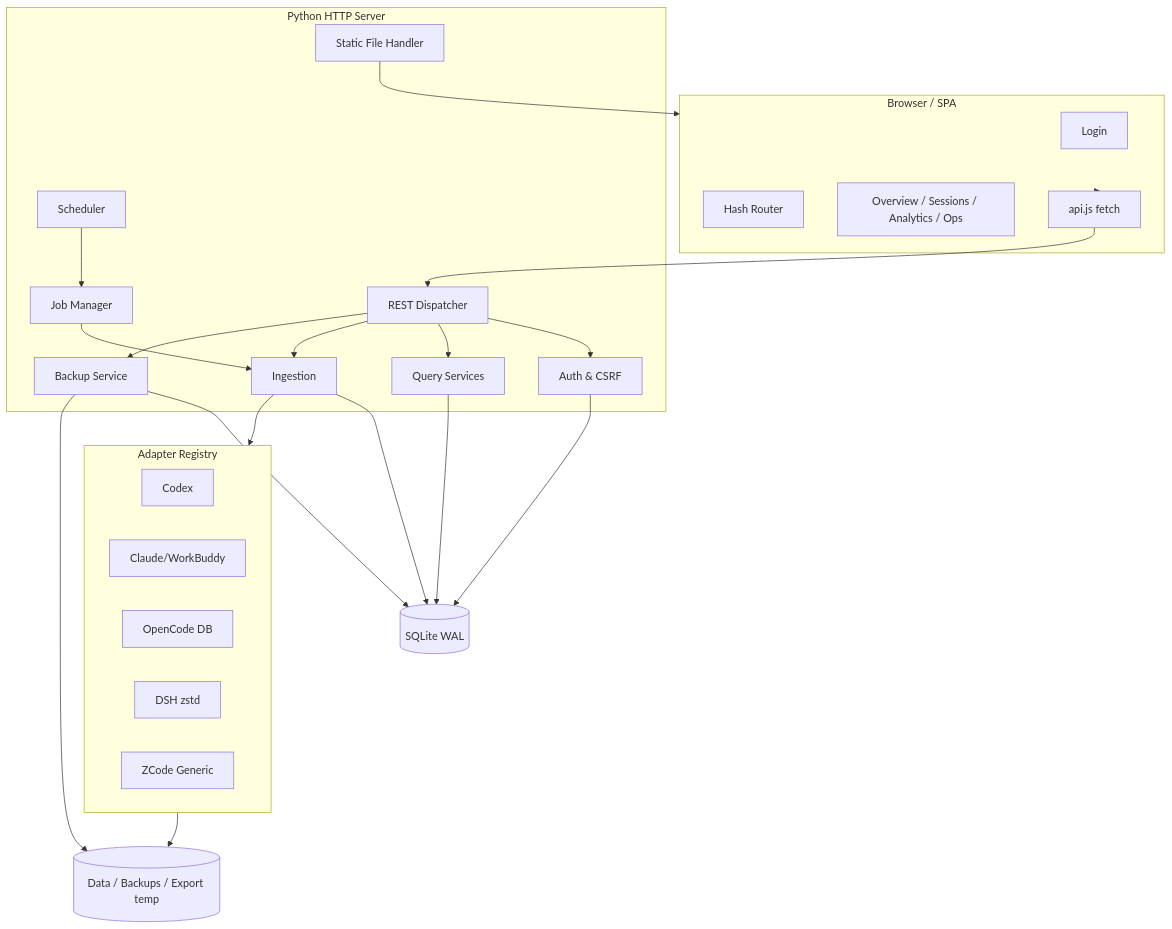
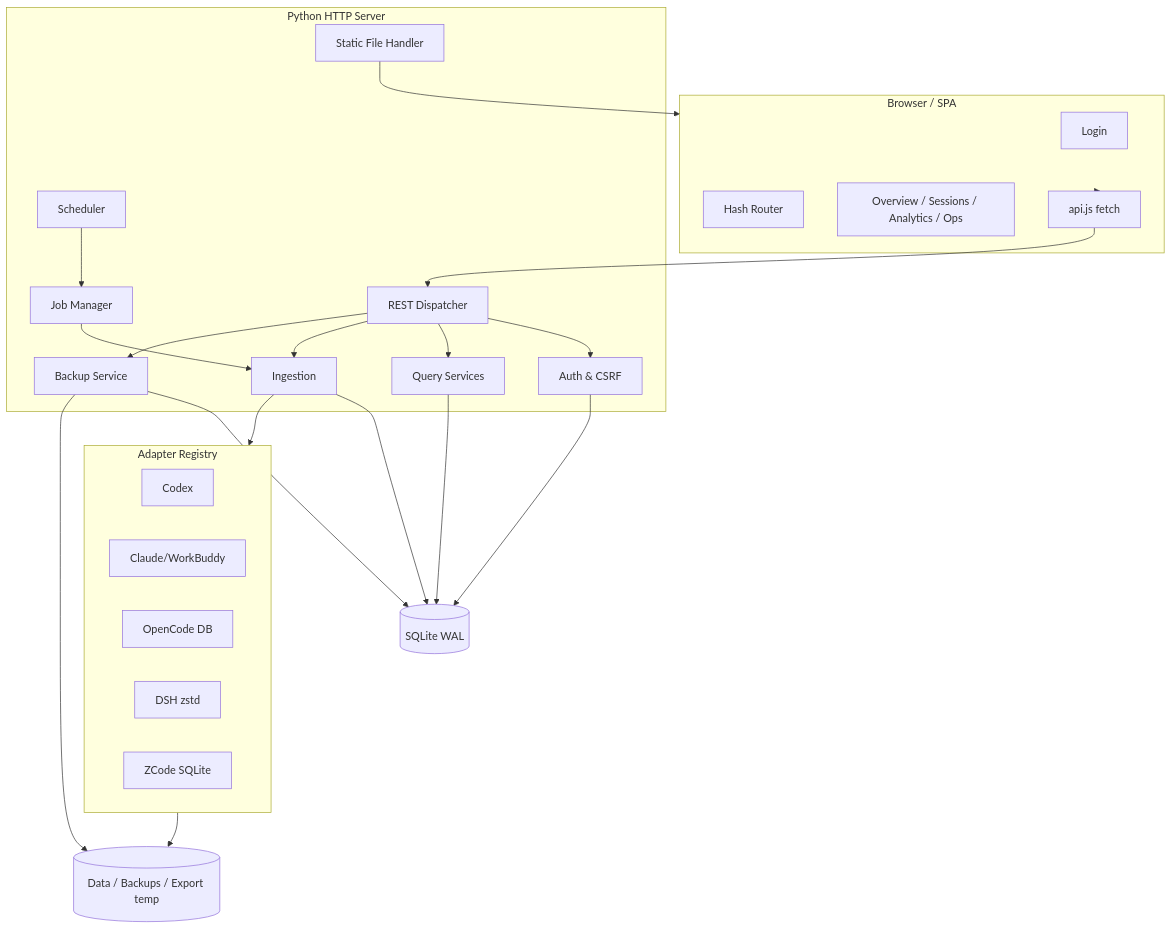
The first of 2 diagrams in ARCHITECTURE.md (Xinquan0601/AI-Chatlog-Collector), drawn with Mermaid before and after one commit. The commit also changed other lines of this file and 6 other files, not shown here.

First line of the commit message:
fix(collect): 接入 ZCode 的 db.sqlite SQLite 数据源

````diff
--- a/ARCHITECTURE.md
+++ b/ARCHITECTURE.md
@@ -38,44 +38,44 @@
 ```mermaid
 flowchart TB
     subgraph Browser["Browser / SPA"]
         LOGIN[Login]
         ROUTER[Hash Router]
         PAGES[Overview / Sessions / Analytics / Ops]
         APICLI[api.js fetch]
     end
     subgraph Server["Python HTTP Server"]
         STATIC[Static File Handler]
         HTTP[REST Dispatcher]
         AUTH[Auth & CSRF]
         QUERY[Query Services]
         INGEST[Ingestion]
         JOBS[Job Manager]
         SCHED[Scheduler]
         BACKUP[Backup Service]
     end
     subgraph Adapters["Adapter Registry"]
         CX[Codex]
         CC[Claude/WorkBuddy]
         OC[OpenCode DB]
         DS[DSH zstd]
-        ZC[ZCode Generic]
+        ZC[ZCode SQLite]
     end
     DB[(SQLite WAL)]
     FS[(Data / Backups / Export temp)]
 
     Browser --> APICLI --> HTTP
     STATIC --> Browser
     HTTP --> AUTH
     HTTP --> QUERY
     HTTP --> INGEST
     HTTP --> BACKUP
     JOBS --> INGEST
     SCHED --> JOBS
     INGEST --> Adapters
     Adapters --> FS
     QUERY --> DB
     INGEST --> DB
     BACKUP --> DB
     BACKUP --> FS
     AUTH --> DB
 ```
````
